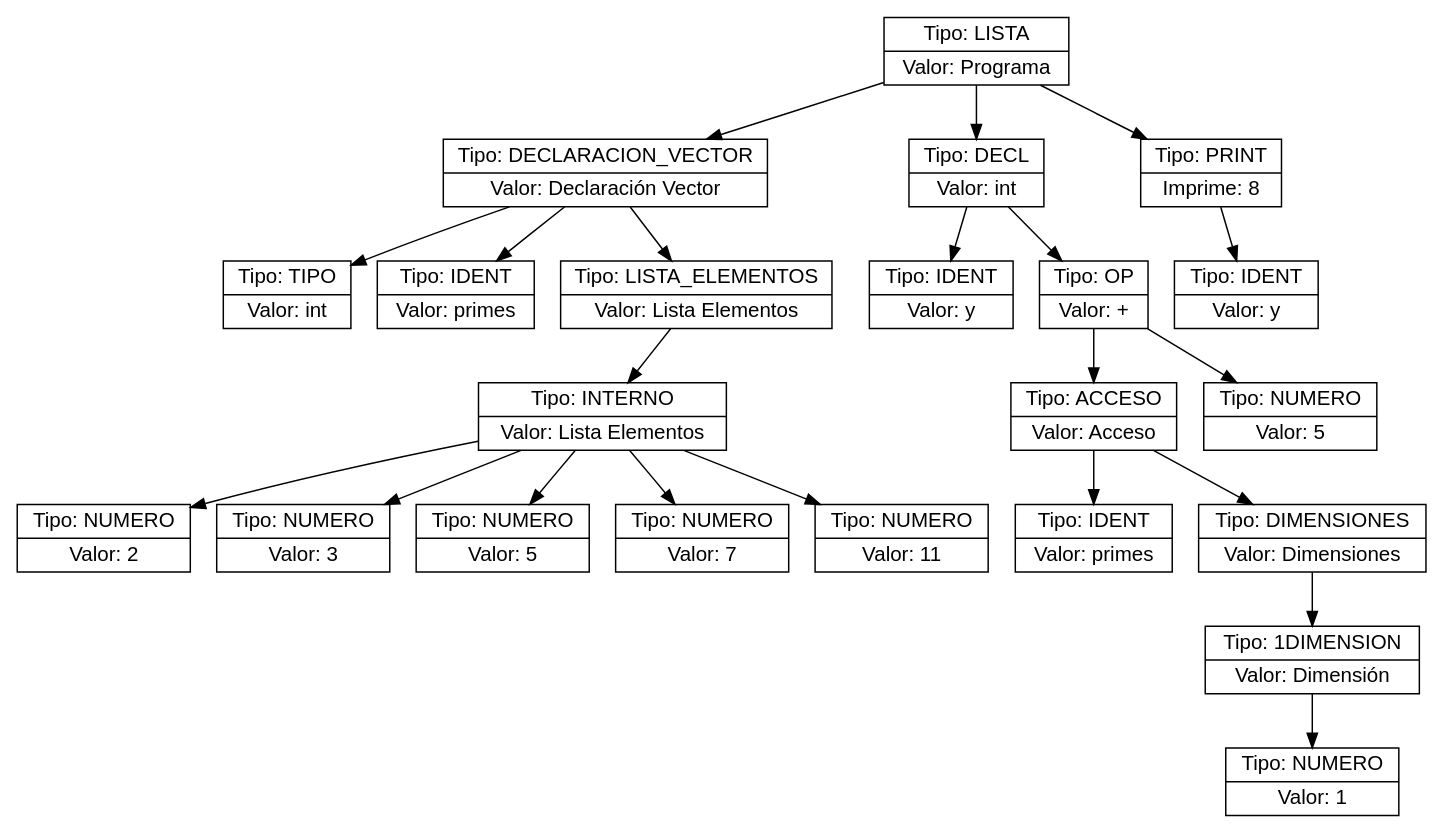
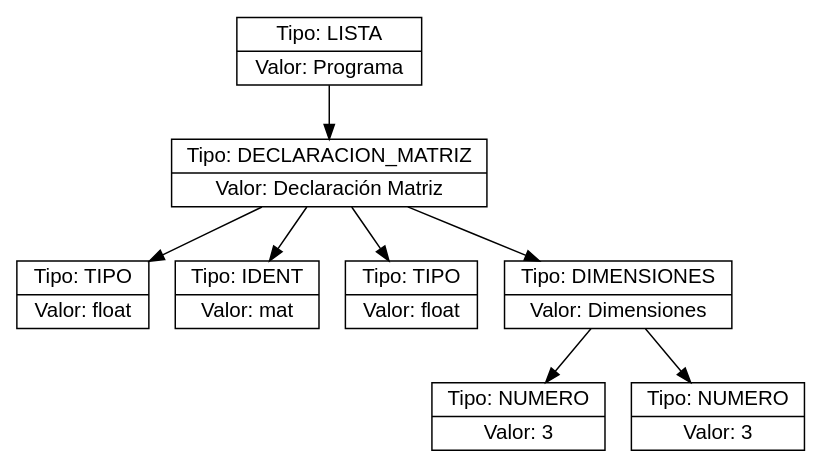
Before and after one commit to Farot30/OLC2_2s2025_202307820: the diagram in ast.dot, drawn with Graphviz. The commit also changed 6 other files, not shown here.

```diff
--- a/ast.dot
+++ b/ast.dot
@@ -1,46 +1,18 @@
 digraph AST {
   node [shape=record,fontname="Helvetica"];
-  n0x5fb536857dc0 [label="{Tipo: LISTA|Valor: Programa}"];
-  n0x5fb536857dc0 -> n0x5fb53688ff60;
-  n0x5fb53688ff60 [label="{Tipo: DECLARACION_VECTOR|Valor: Declaración Vector}"];
-  n0x5fb53688ff60 -> n0x5fb5368580e0;
-  n0x5fb5368580e0 [label="{Tipo: TIPO|Valor: int}"];
-  n0x5fb53688ff60 -> n0x5fb53661d180;
-  n0x5fb53661d180 [label="{Tipo: IDENT|Valor: primes}"];
-  n0x5fb53688ff60 -> n0x5fb536858f80;
-  n0x5fb536858f80 [label="{Tipo: LISTA_ELEMENTOS|Valor: Lista Elementos}"];
-  n0x5fb536858f80 -> n0x5fb5366477c0;
-  n0x5fb5366477c0 [label="{Tipo: INTERNO|Valor: Lista Elementos}"];
-  n0x5fb5366477c0 -> n0x5fb5368cded0;
-  n0x5fb5368cded0 [label="{Tipo: NUMERO|Valor: 2}"];
-  n0x5fb5366477c0 -> n0x5fb536859020;
-  n0x5fb536859020 [label="{Tipo: NUMERO|Valor: 3}"];
-  n0x5fb5366477c0 -> n0x5fb5366237e0;
-  n0x5fb5366237e0 [label="{Tipo: NUMERO|Valor: 5}"];
-  n0x5fb5366477c0 -> n0x5fb5367e3ab0;
-  n0x5fb5367e3ab0 [label="{Tipo: NUMERO|Valor: 7}"];
-  n0x5fb5366477c0 -> n0x5fb53691b740;
-  n0x5fb53691b740 [label="{Tipo: NUMERO|Valor: 11}"];
-  n0x5fb536857dc0 -> n0x5fb5368b7e70;
-  n0x5fb5368b7e70 [label="{Tipo: DECL|Valor: int}"];
-  n0x5fb5368b7e70 -> n0x5fb5367e9470;
-  n0x5fb5367e9470 [label="{Tipo: IDENT|Valor: y}"];
-  n0x5fb5368b7e70 -> n0x5fb5368584a0;
-  n0x5fb5368584a0 [label="{Tipo: OP|Valor: +}"];
-  n0x5fb5368584a0 -> n0x5fb5369f4950;
-  n0x5fb5369f4950 [label="{Tipo: ACCESO|Valor: Acceso}"];
-  n0x5fb5369f4950 -> n0x5fb5367e32e0;
-  n0x5fb5367e32e0 [label="{Tipo: IDENT|Valor: primes}"];
-  n0x5fb5369f4950 -> n0x5fb53678f140;
-  n0x5fb53678f140 [label="{Tipo: DIMENSIONES|Valor: Dimensiones}"];
-  n0x5fb53678f140 -> n0x5fb5369f4060;
-  n0x5fb5369f4060 [label="{Tipo: 1DIMENSION|Valor: Dimensión}"];
-  n0x5fb5369f4060 -> n0x5fb5368d09d0;
-  n0x5fb5368d09d0 [label="{Tipo: NUMERO|Valor: 1}"];
-  n0x5fb5368584a0 -> n0x5fb53696b130;
-  n0x5fb53696b130 [label="{Tipo: NUMERO|Valor: 5}"];
-  n0x5fb536857dc0 -> n0x5fb53688e160;
-  n0x5fb53688e160 [label="{Tipo: PRINT|Imprime: 8}"];
-  n0x5fb53688e160 -> n0x5fb5367e19e0;
-  n0x5fb5367e19e0 [label="{Tipo: IDENT|Valor: y}"];
+  n0x5be996013e50 [label="{Tipo: LISTA|Valor: Programa}"];
+  n0x5be996013e50 -> n0x5be995cafcd0;
+  n0x5be995cafcd0 [label="{Tipo: DECLARACION_MATRIZ|Valor: Declaración Matriz}"];
+  n0x5be995cafcd0 -> n0x5be995fafd70;
+  n0x5be995fafd70 [label="{Tipo: TIPO|Valor: float}"];
+  n0x5be995cafcd0 -> n0x5be995e24130;
+  n0x5be995e24130 [label="{Tipo: IDENT|Valor: mat}"];
+  n0x5be995cafcd0 -> n0x5be995e88180;
+  n0x5be995e88180 [label="{Tipo: TIPO|Valor: float}"];
+  n0x5be995cafcd0 -> n0x5be995cb0b30;
+  n0x5be995cb0b30 [label="{Tipo: DIMENSIONES|Valor: Dimensiones}"];
+  n0x5be995cb0b30 -> n0x5be995e263c0;
+  n0x5be995e263c0 [label="{Tipo: NUMERO|Valor: 3}"];
+  n0x5be995cb0b30 -> n0x5be995e262d0;
+  n0x5be995e262d0 [label="{Tipo: NUMERO|Valor: 3}"];
 }
```
